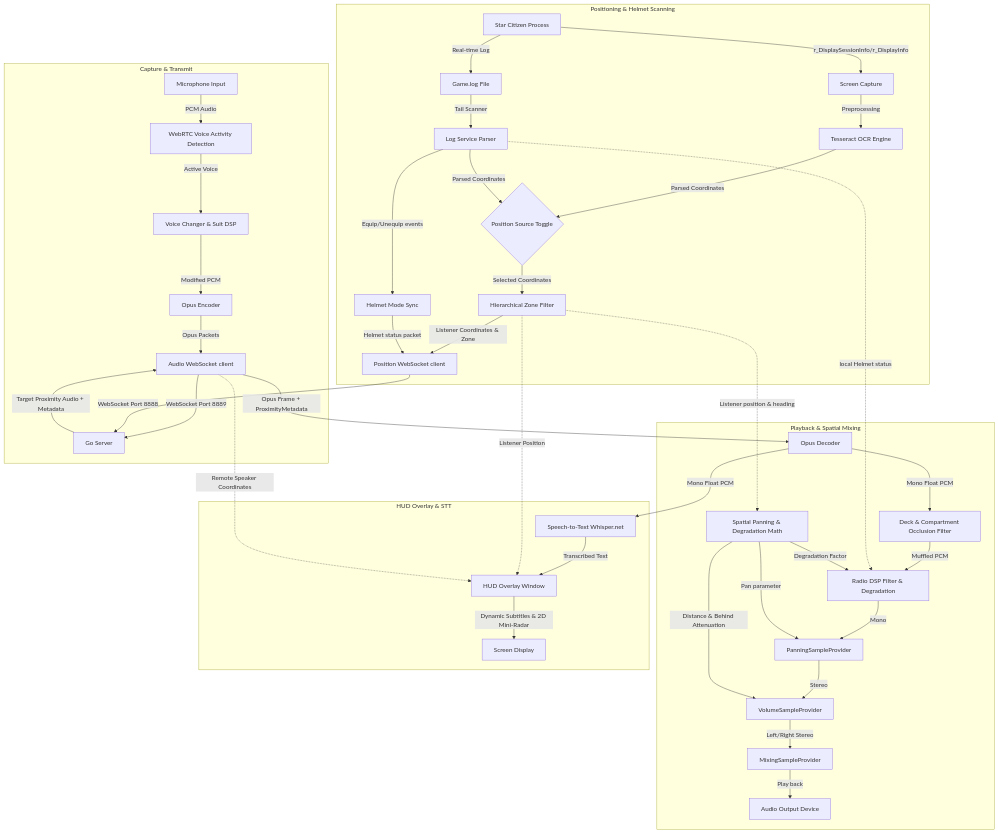
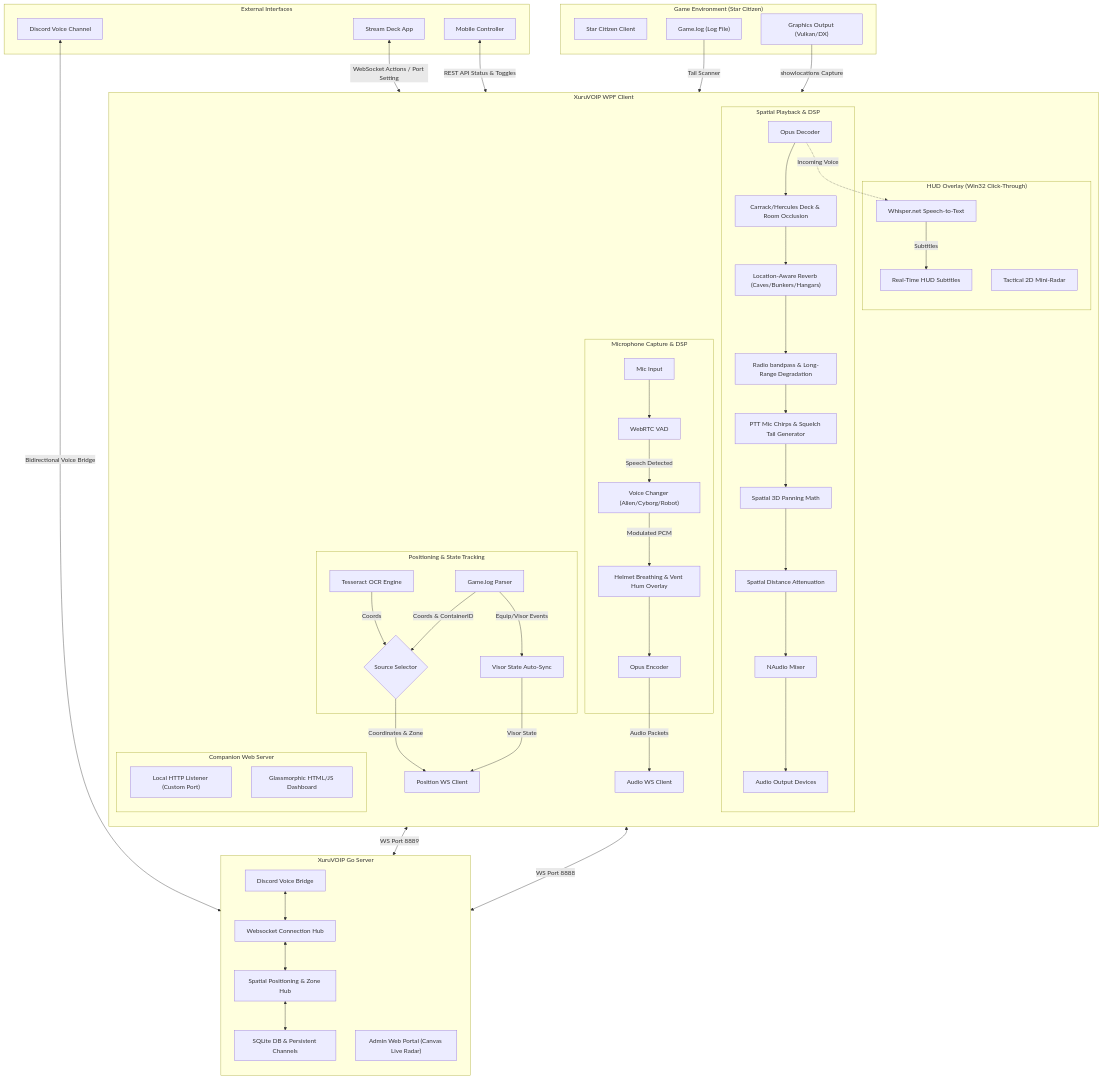
The diagram in README.md (XuruDragon/XuruVOIP), drawn with Mermaid before and after one commit. The commit also changed other lines of this file and 78 other files, not shown here.

Commit message:
feat: implement ship intercom, companion app, stream deck integration, and discord voice bridge (#7)

````diff
--- a/README.md
+++ b/README.md
@@ -88,55 +107,74 @@
 ```mermaid
-graph TD
-    subgraph Capture & Transmit
-        Mic[Microphone Input] -->|PCM Audio| VAD[WebRTC Voice Activity Detection]
-        VAD -->|Active Voice| VoiceChanger[Voice Changer & Suit DSP]
-        VoiceChanger -->|Modified PCM| OpusEnc[Opus Encoder]
-        OpusEnc -->|Opus Packets| AudioWS[Audio WebSocket client]
-        AudioWS -->|WebSocket Port 8889| Server[Go Server]
+graph TB
+    subgraph STIM ["Game Environment (Star Citizen)"]
+        SC["Star Citizen Client"]
+        LOGS["Game.log (Log File)"]
+        SCREEN["Graphics Output (Vulkan/DX)"]
     end
 
-    subgraph Positioning & Helmet Scanning
-        SC[Star Citizen Process] -->|r_DisplaySessionInfo/r_DisplayInfo| Screen[Screen Capture]
-        Screen -->|Preprocessing| Tess[Tesseract OCR Engine]
-        
-        SC -->|Real-time Log| GameLog[Game.log File]
-        GameLog -->|Tail Scanner| LogParser[Log Service Parser]
-        
-        Tess -->|Parsed Coordinates| PosSelector{Position Source Toggle}
-        LogParser -->|Parsed Coordinates| PosSelector
-        
-        PosSelector -->|Selected Coordinates| Zone[Hierarchical Zone Filter]
-        Zone -->|Listener Coordinates & Zone| PosWS[Position WebSocket client]
-        PosWS -->|WebSocket Port 8888| Server
+    subgraph WPF ["XuruVOIP WPF Client"]
+        direction TB
+        subgraph CAPT ["Microphone Capture & DSP"]
+            MIC["Mic Input"] --> VAD["WebRTC VAD"]
+            VAD -->|Speech Detected| VC["Voice Changer (Alien/Cyborg/Robot)"]
+            VC -->|Modulated PCM| HELM_OSC["Helmet Breathing & Vent Hum Overlay"]
+            HELM_OSC --> OPUS_ENC["Opus Encoder"]
+        end
 
-        LogParser -->|Equip/Unequip events| Helmet[Helmet Mode Sync]
-        Helmet -->|Helmet status packet| PosWS
+        subgraph POS_TRACK ["Positioning & State Tracking"]
+            LOGS -->|Tail Scanner| LOG_PAR["Game.log Parser"]
+            SCREEN -->|showlocations Capture| OCR["Tesseract OCR Engine"]
+            LOG_PAR -->|Equip/Visor Events| HELM_DET["Visor State Auto-Sync"]
+            OCR -->|Coords| POS_SEL{"Source Selector"}
+            LOG_PAR -->|Coords & ContainerID| POS_SEL
+        end
+
+        subgraph PLAY ["Spatial Playback & DSP"]
+            OPUS_DEC["Opus Decoder"] --> OCC_FIL["Carrack/Hercules Deck & Room Occlusion"]
+            OCC_FIL --> REV_FIL["Location-Aware Reverb (Caves/Bunkers/Hangars)"]
+            REV_FIL --> RAD_FIL["Radio bandpass & Long-Range Degradation"]
+            RAD_FIL --> CHIMES["PTT Mic Chirps & Squelch Tail Generator"]
+            CHIMES --> PAN["Spatial 3D Panning Math"]
+            PAN --> VOL["Spatial Distance Attenuation"]
+            VOL --> MIXER["NAudio Mixer"] --> SPK["Audio Output Devices"]
+        end
+
+        subgraph HUD ["HUD Overlay (Win32 Click-Through)"]
+            T_RAD["Tactical 2D Mini-Radar"]
+            STT["Whisper.net Speech-to-Text"]
+            OPUS_DEC -.->|Incoming Voice| STT
+            STT -->|Subtitles| SUB["Real-Time HUD Subtitles"]
+        end
+
+        subgraph COMP ["Companion Web Server"]
+            HTTP_SRV["Local HTTP Listener (Custom Port)"]
+            DASH["Glassmorphic HTML/JS Dashboard"]
+        end
+
+        POS_SEL -->|Coordinates & Zone| POS_WS["Position WS Client"]
+        HELM_DET -->|Visor State| POS_WS
+        OPUS_ENC -->|Audio Packets| AUD_WS["Audio WS Client"]
     end
 
-    subgraph Playback & Spatial Mixing
-        Server -->|Target Proximity Audio + Metadata| AudioWS
-        AudioWS -->|Opus Frame + ProximityMetadata| Decoder[Opus Decoder]
-        Decoder -->|Mono Float PCM| OcclusionFilter[Deck & Compartment Occlusion Filter]
-        OcclusionFilter -->|Muffled PCM| DSP[Radio DSP Filter & Degradation]
-        DSP -->|Mono| Panner[PanningSampleProvider]
-        Panner -->|Stereo| Volume[VolumeSampleProvider]
-        
-        LogParser -.->|local Helmet status| DSP
-        Zone -.->|Listener position & heading| MixerMath[Spatial Panning & Degradation Math]
-        
-        MixerMath -->|Pan parameter| Panner
-        MixerMath -->|Distance & Behind Attenuation| Volume
-        MixerMath -->|Degradation Factor| DSP
-        
-        Volume -->|Left/Right Stereo| Mixer[MixingSampleProvider]
-        Mixer -->|Play back| Speakers[Audio Output Device]
+    subgraph SERVER ["XuruVOIP Go Server"]
+        direction TB
+        WS_HUB["Websocket Connection Hub"]
+        POS_HUB["Spatial Positioning & Zone Hub"]
+        DB["SQLite DB & Persistent Channels"]
+        DISC_BRIDGE["Discord Voice Bridge"]
+        ADM_PORT["Admin Web Portal (Canvas Live Radar)"]
+
+        WS_HUB <--> POS_HUB
+        POS_HUB <--> DB
+        DISC_BRIDGE <--> WS_HUB
     end
 
-    subgraph HUD Overlay & STT
-        Decoder -->|Mono Float PCM| STT[Speech-to-Text Whisper.net]
-        STT -->|Transcribed Text| Overlay[HUD Overlay Window]
-        Zone -.->|Listener Position| Overlay
-        AudioWS -.->|Remote Speaker Coordinates| Overlay
-        Overlay -->|Dynamic Subtitles & 2D Mini-Radar| ScreenOverlay[Screen Display]
+    subgraph EXT ["External Interfaces"]
+        DISC["Discord Voice Channel"] <-->|Bidirectional Voice Bridge| DISC_BRIDGE
+        SD["Stream Deck App"] <-->|WebSocket Actions / Port Setting| HTTP_SRV
+        MOB["Mobile Controller"] <-->|REST API Status & Toggles| HTTP_SRV
     end
+
+    POS_WS <-->|WS Port 8888| WS_HUB
+    AUD_WS <-->|WS Port 8889| WS_HUB
 ```
````
